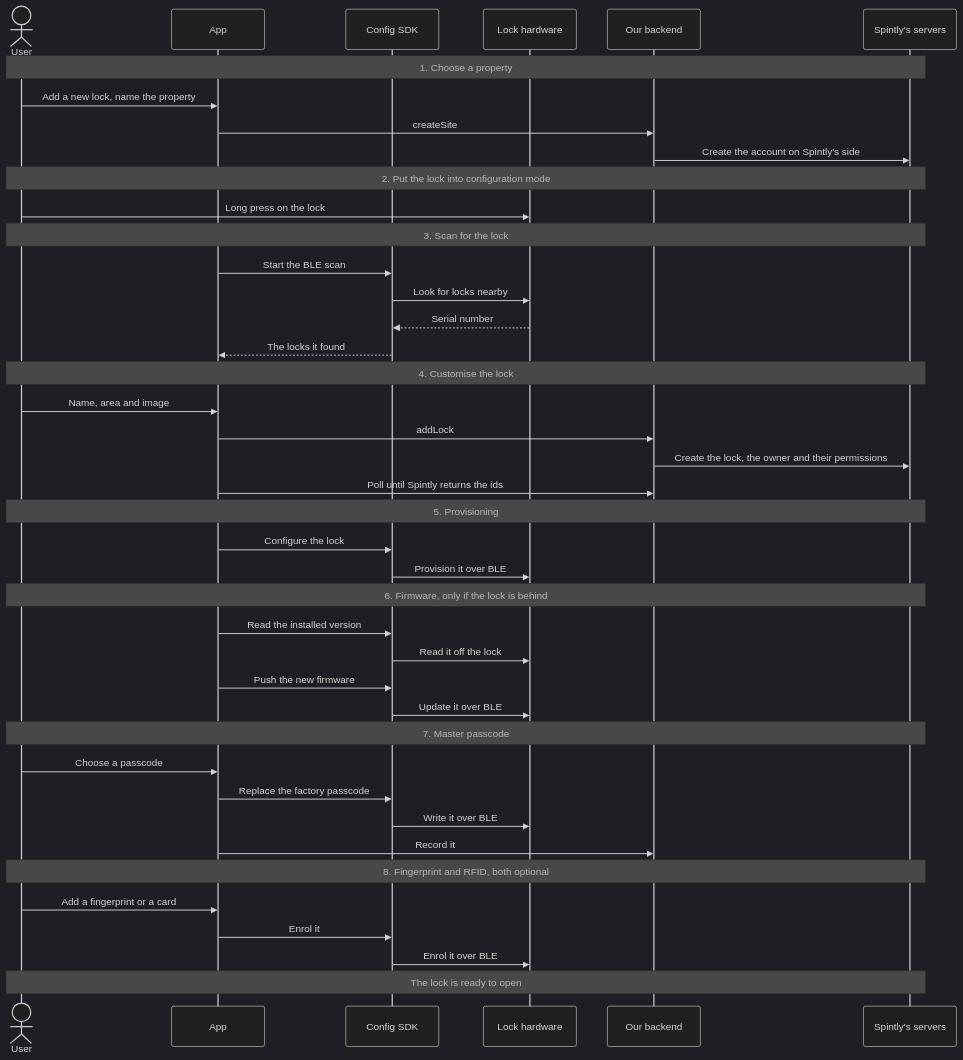
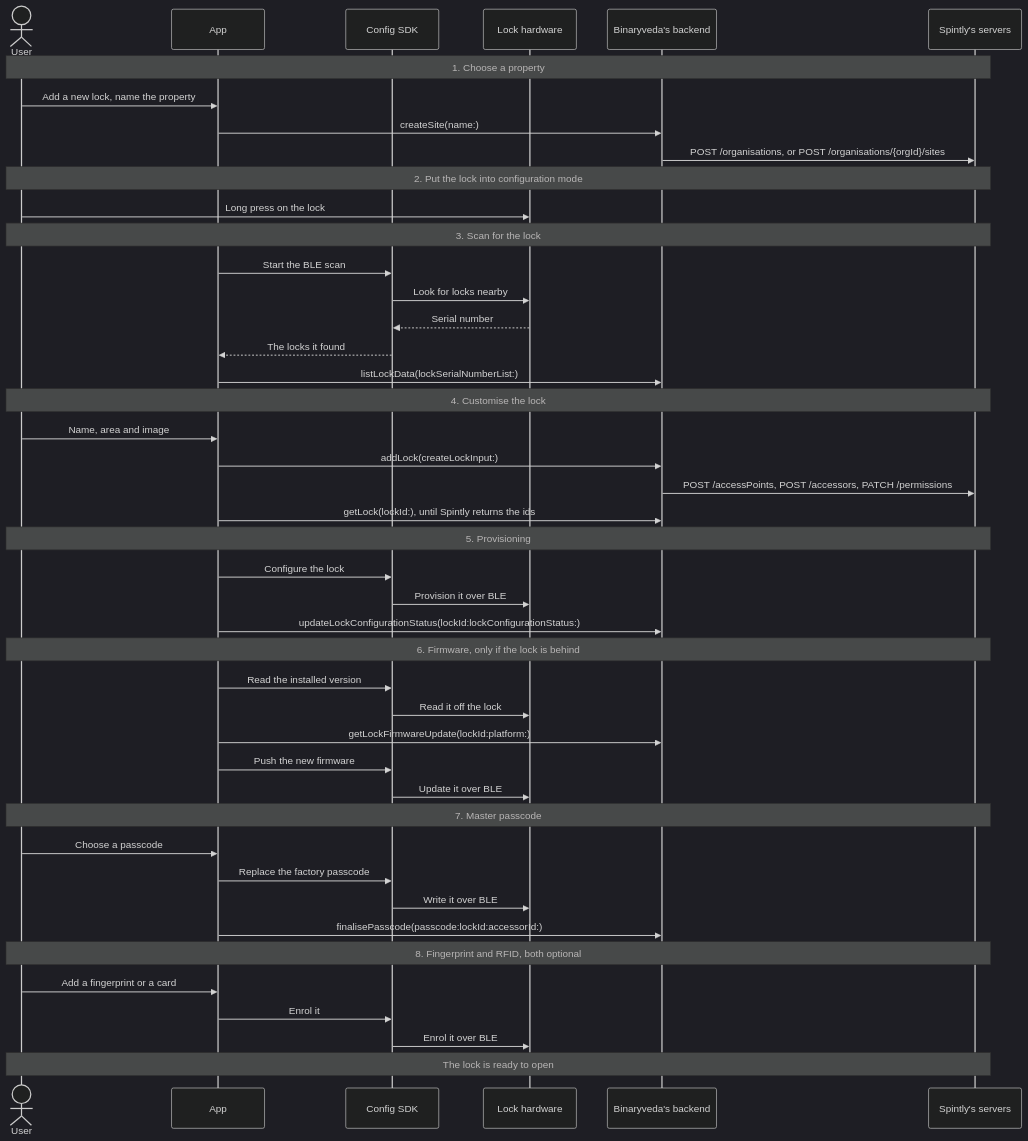
The first of 16 diagrams in docs/lock-onboarding.md (Yash-Wadatkar-Binaryveda/sdk-docs-site), drawn with Mermaid (dark theme) before and after one commit. The commit also changed other lines of this file and 3 other files, not shown here.

First line of the commit message:
Update documentation to reflect Binaryveda's backend and clarify SDK interactions

````diff
--- a/docs/lock-onboarding.md
+++ b/docs/lock-onboarding.md
@@ -46,52 +48,55 @@
 ```mermaid
 sequenceDiagram
     actor U as User
     participant A as App
     participant C as Config SDK
     participant L as Lock hardware
-    participant B as Our backend
+    participant B as Binaryveda's backend
     participant S as Spintly's servers
 
     Note over U,S: 1. Choose a property
     U->>A: Add a new lock, name the property
-    A->>B: createSite
-    B->>S: Create the account on Spintly's side
+    A->>B: createSite(name:)
+    B->>S: POST /organisations, or POST /organisations/{orgId}/sites
 
     Note over U,S: 2. Put the lock into configuration mode
     U->>L: Long press on the lock
 
     Note over U,S: 3. Scan for the lock
     A->>C: Start the BLE scan
     C->>L: Look for locks nearby
     L-->>C: Serial number
     C-->>A: The locks it found
+    A->>B: listLockData(lockSerialNumberList:)
 
     Note over U,S: 4. Customise the lock
     U->>A: Name, area and image
-    A->>B: addLock
-    B->>S: Create the lock, the owner and their permissions
-    A->>B: Poll until Spintly returns the ids
+    A->>B: addLock(createLockInput:)
+    B->>S: POST /accessPoints, POST /accessors, PATCH /permissions
+    A->>B: getLock(lockId:), until Spintly returns the ids
 
     Note over U,S: 5. Provisioning
     A->>C: Configure the lock
     C->>L: Provision it over BLE
+    A->>B: updateLockConfigurationStatus(lockId:lockConfigurationStatus:)
 
     Note over U,S: 6. Firmware, only if the lock is behind
     A->>C: Read the installed version
     C->>L: Read it off the lock
+    A->>B: getLockFirmwareUpdate(lockId:platform:)
     A->>C: Push the new firmware
     C->>L: Update it over BLE
 
     Note over U,S: 7. Master passcode
     U->>A: Choose a passcode
     A->>C: Replace the factory passcode
     C->>L: Write it over BLE
-    A->>B: Record it
+    A->>B: finalisePasscode(passcode:lockId:accessorId:)
 
     Note over U,S: 8. Fingerprint and RFID, both optional
     U->>A: Add a fingerprint or a card
     A->>C: Enrol it
     C->>L: Enrol it over BLE
 
     Note over U,S: The lock is ready to open
 ```
````
